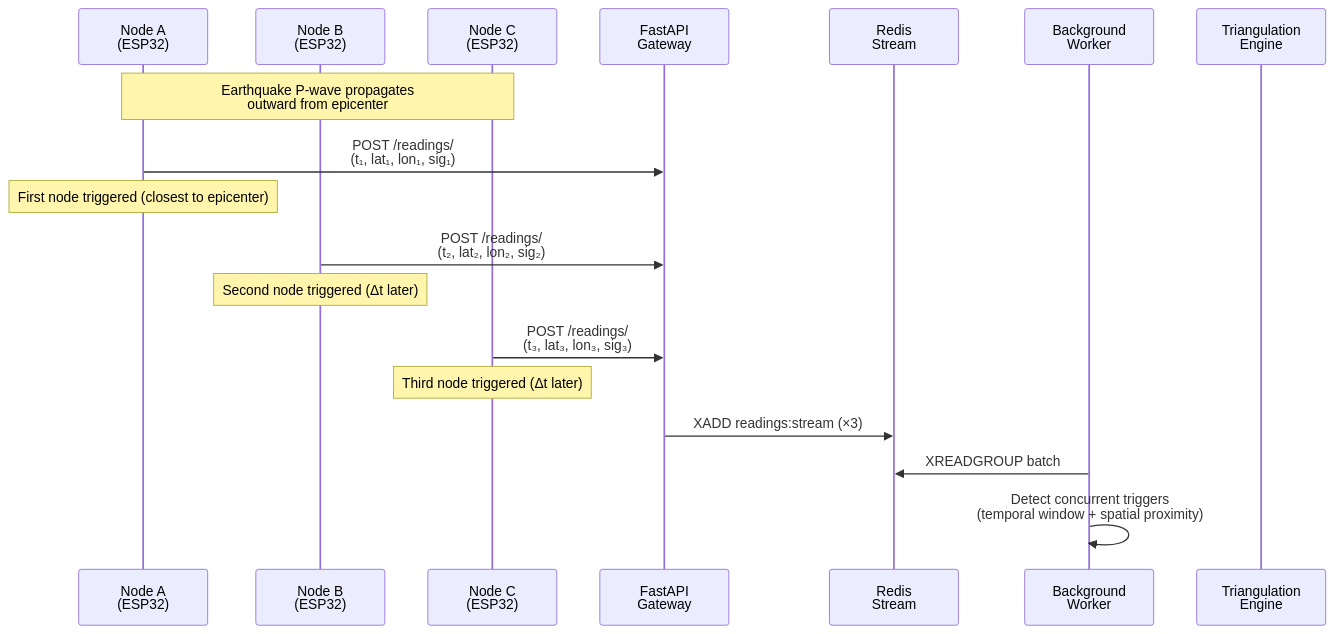
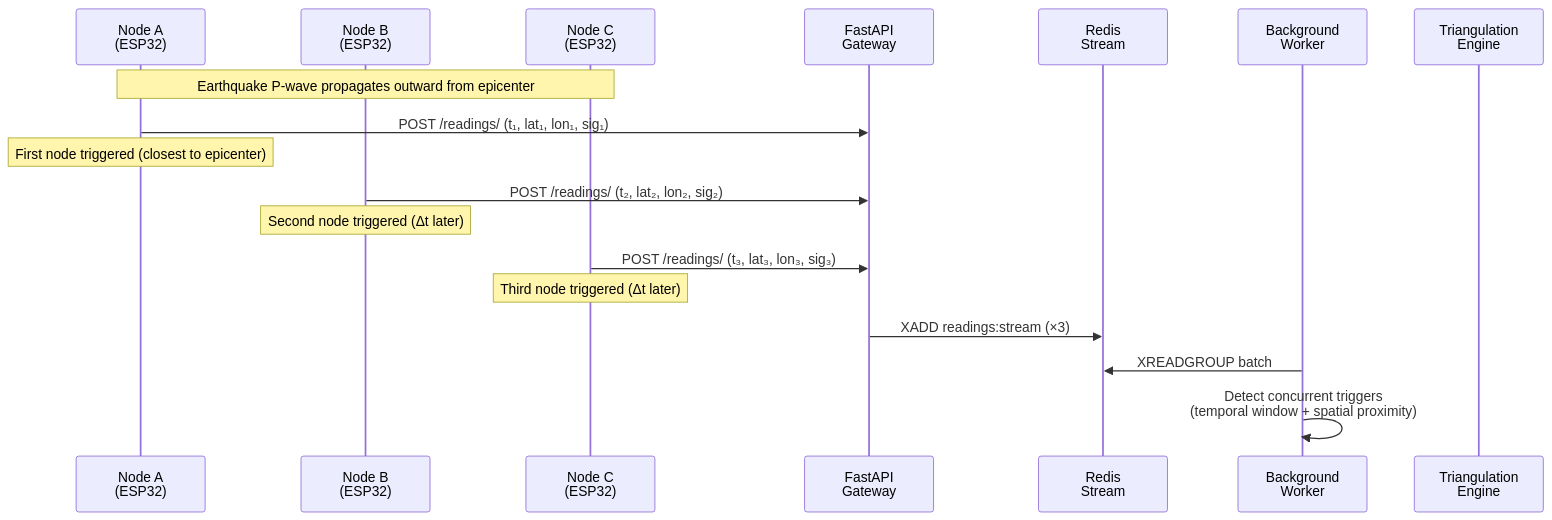
The first of 2 diagrams in docs/diagrams/sequence-triangulation.md (GiZano/QuakeGuard), drawn with Mermaid before and after one commit. The commit also changed other lines of this file and 14 other files, not shown here.

Commit message:
docs(whitepaper): apply fixed-size diagrams and prevent pdf page overflow

````diff
--- a/docs/diagrams/sequence-triangulation.md
+++ b/docs/diagrams/sequence-triangulation.md
@@ -5,27 +12,27 @@
 ```mermaid
-%%{init: {"sequence": {"actorFontSize": 20, "messageFontSize": 18, "noteFontSize": 18}}}%%
+%%{init: {"sequence": {"actorFontSize": 22, "messageFontSize": 20, "noteFontSize": 20, "actorMargin": 55, "messageMargin": 20, "boxMargin": 6, "boxTextMargin": 4, "noteMargin": 8, "diagramMarginX": 20, "diagramMarginY": 8}}}%%
 sequenceDiagram
     participant N1 as Node A<br/>(ESP32)
     participant N2 as Node B<br/>(ESP32)
     participant N3 as Node C<br/>(ESP32)
     participant API as FastAPI<br/>Gateway
     participant Redis as Redis<br/>Stream
     participant Worker as Background<br/>Worker
     participant Tri as Triangulation<br/>Engine
 
-    Note over N1,N3: Earthquake P-wave propagates<br/>outward from epicenter
+    Note over N1,N3: Earthquake P-wave propagates outward from epicenter
 
-    N1->>API: POST /readings/<br/>(t₁, lat₁, lon₁, sig₁)
+    N1->>API: POST /readings/ (t₁, lat₁, lon₁, sig₁)
     Note over N1: First node triggered (closest to epicenter)
 
-    N2->>API: POST /readings/<br/>(t₂, lat₂, lon₂, sig₂)
+    N2->>API: POST /readings/ (t₂, lat₂, lon₂, sig₂)
     Note over N2: Second node triggered (Δt later)
 
-    N3->>API: POST /readings/<br/>(t₃, lat₃, lon₃, sig₃)
+    N3->>API: POST /readings/ (t₃, lat₃, lon₃, sig₃)
     Note over N3: Third node triggered (Δt later)
 
     API->>Redis: XADD readings:stream (×3)
 
     Worker->>Redis: XREADGROUP batch
     Worker->>Worker: Detect concurrent triggers<br/>(temporal window + spatial proximity)
 ```
````
